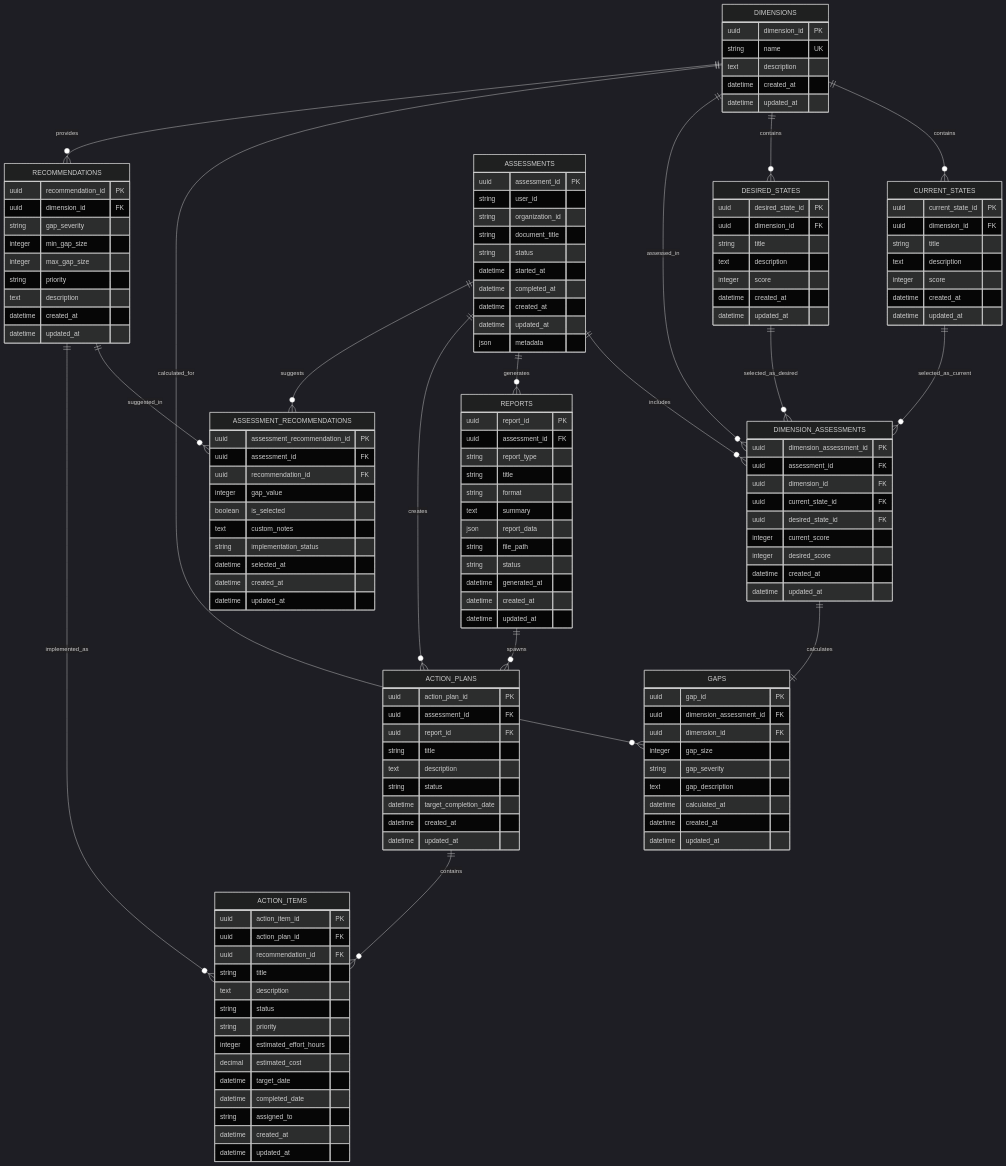
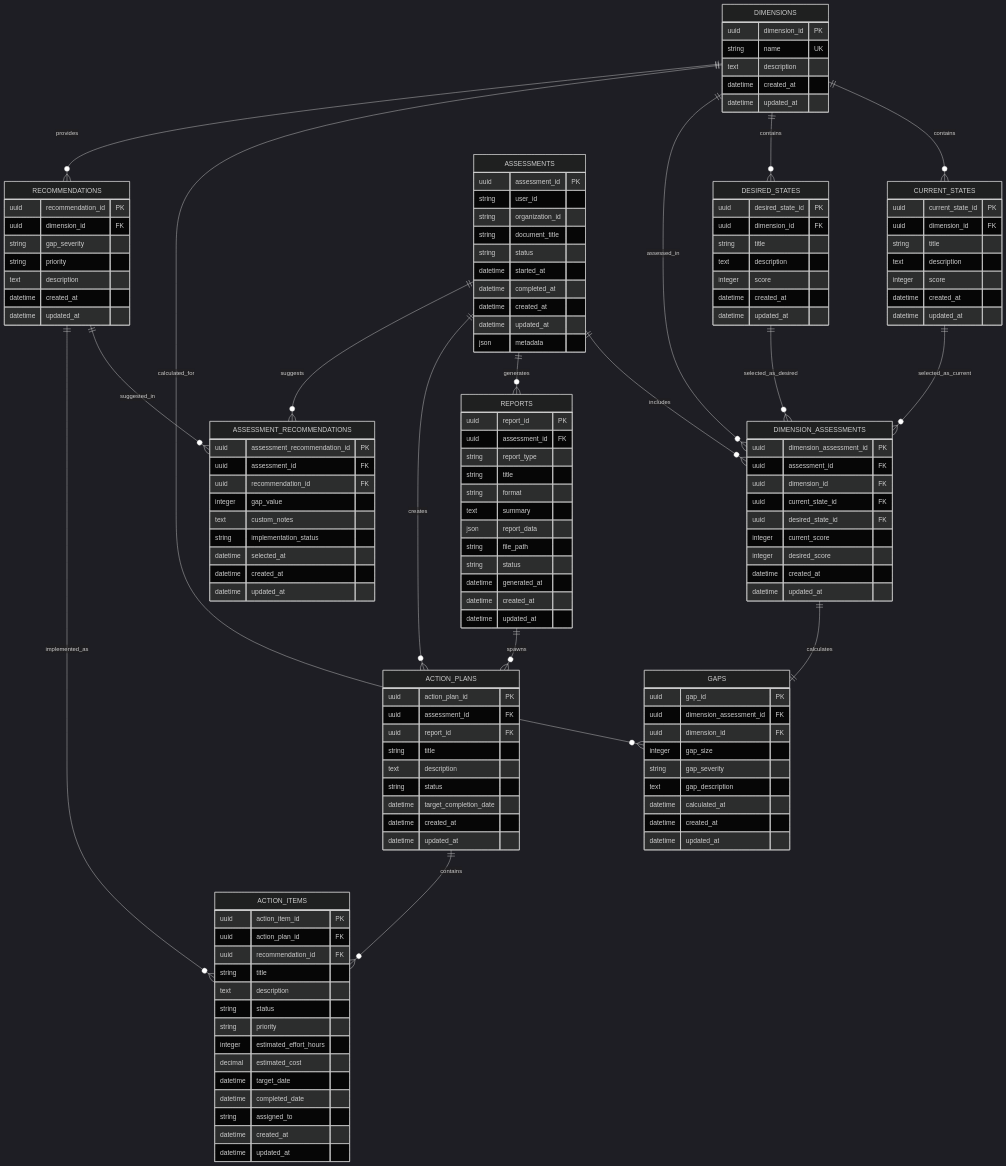
The diagram in doc/Database_ER_Diagram.md (ADORSYS-GIS/DGRV-digital-gap-tool), drawn with Mermaid (dark theme) before and after one commit. The commit also changed other lines of this file and 39 other files, not shown here.

Commit message:
feat(docs): arc42 and database schema

```diff
--- a/doc/Database_ER_Diagram.md
+++ b/doc/Database_ER_Diagram.md
@@ -74,8 +74,6 @@
         uuid recommendation_id PK
         uuid dimension_id FK
         string gap_severity
-        integer min_gap_size
-        integer max_gap_size
         string priority
         text description
         datetime created_at
@@ -87,7 +85,6 @@
         uuid assessment_id FK
         uuid recommendation_id FK
         integer gap_value
-        boolean is_selected
         text custom_notes
         string implementation_status
         datetime selected_at
```
